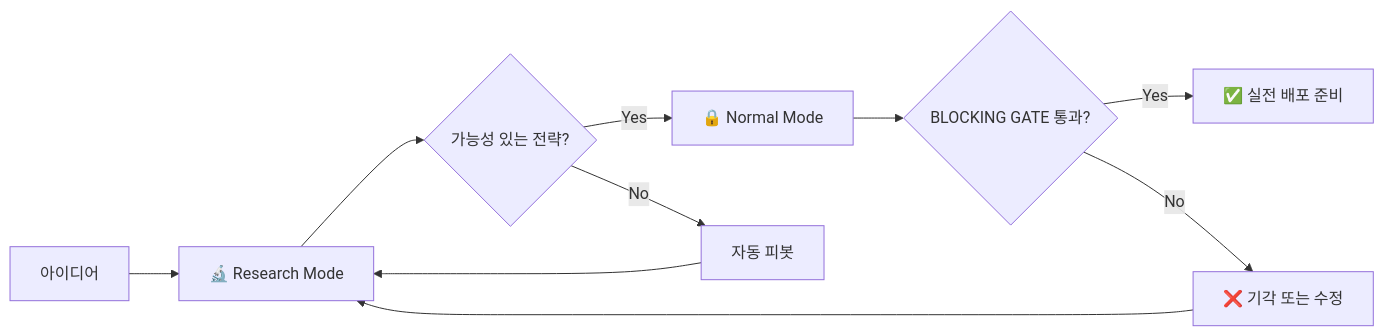
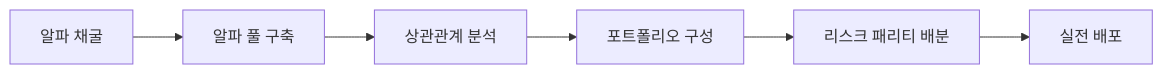
Before and after one commit to bucheoncityboy/OpenCode-Multi-Agent-Research-Team: the diagram in README.md, drawn with Mermaid. The commit also changed other lines of this file, not shown here.

````diff
--- a/README.md
+++ b/README.md
@@ -138,12 +99,8 @@
 ```mermaid
 graph LR
-    A[아이디어] --> B[🔬 Research Mode]
-    B --> C{가능성 있는 전략?}
-    C -->|Yes| D[🔒 Normal Mode]
-    C -->|No| E[자동 피봇]
-    E --> B
-    D --> F{BLOCKING GATE 통과?}
-    F -->|Yes| G[✅ 실전 배포 준비]
-    F -->|No| H[❌ 기각 또는 수정]
-    H --> B
+    A[알파 채굴] --> B[알파 풀 구축]
+    B --> C[상관관계 분석]
+    C --> D[포트폴리오 구성]
+    D --> E[리스크 패리티 배분]
+    E --> F[실전 배포]
 ```
````
